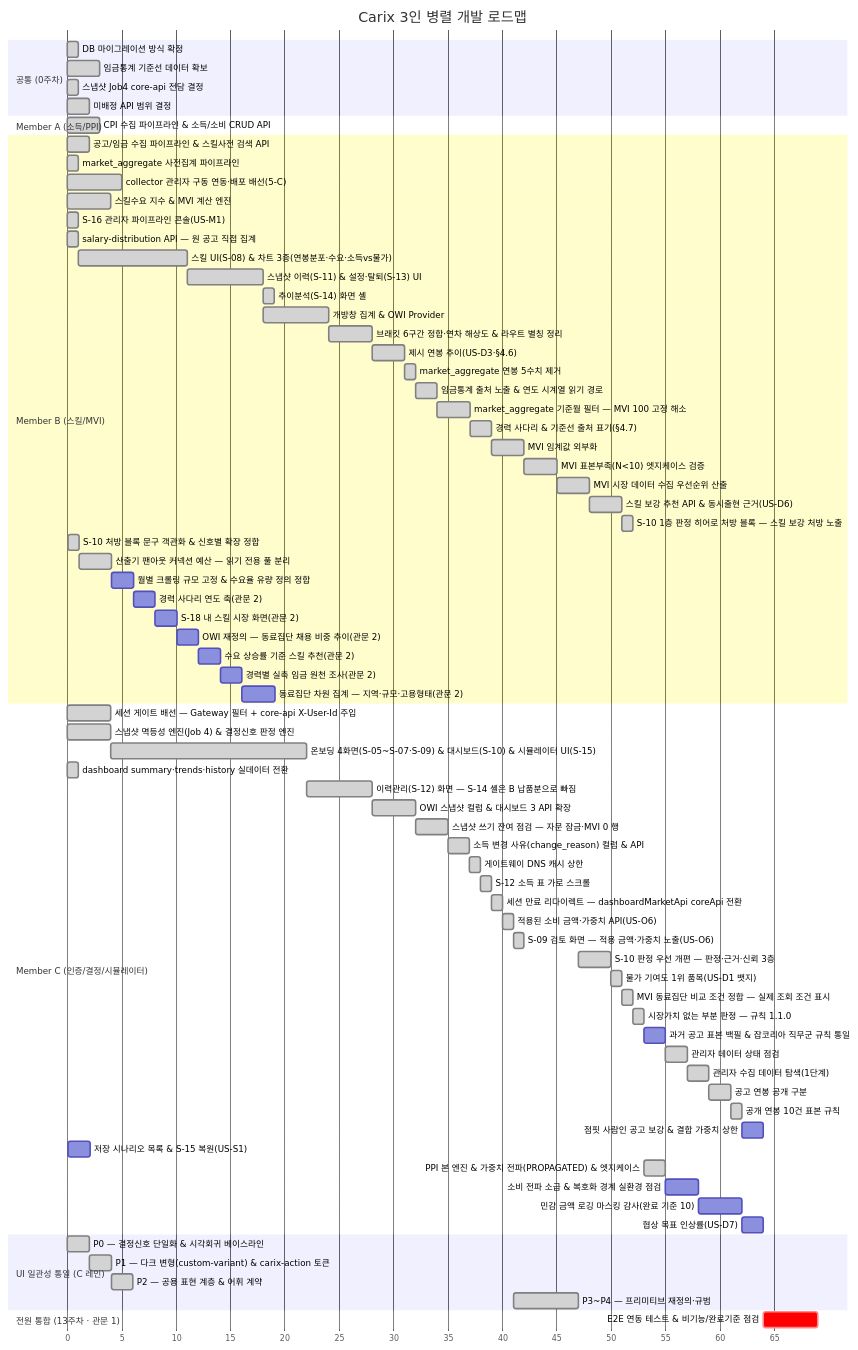
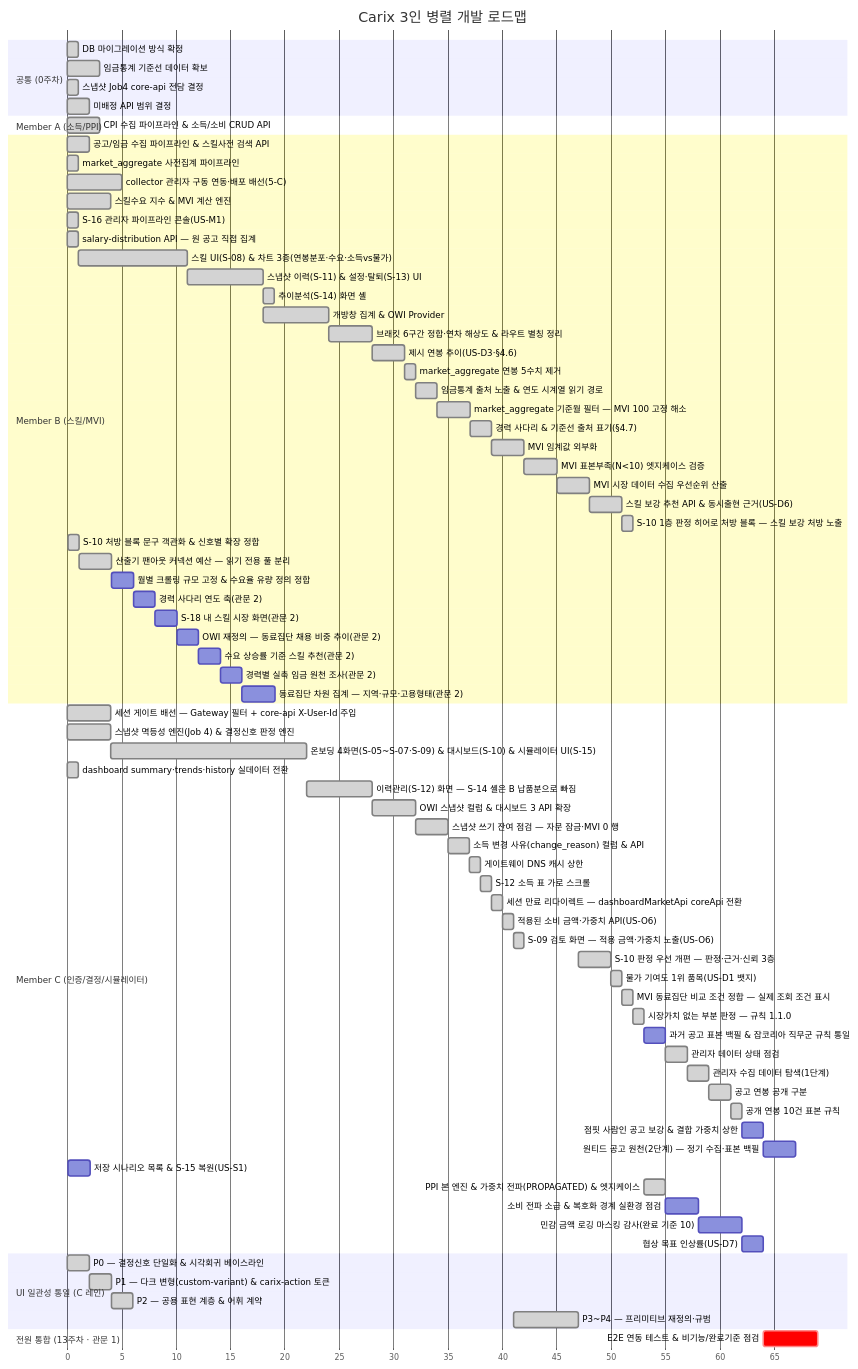
One commit to SeoHyeokGyu/Carix changed the first of 2 diagrams in docs/plans/carix-dev-plan.md. Above: the diagram before and after it, drawn with Mermaid. The commit also changed other lines of this file and 5 other files, not shown here.

````diff
--- a/docs/plans/carix-dev-plan.md
+++ b/docs/plans/carix-dev-plan.md
@@ -94,80 +94,81 @@
 ```mermaid
 gantt
     title Carix 3인 병렬 개발 로드맵
     dateFormat X
     axisFormat %s
     section 공통 (0주차)
     DB 마이그레이션 방식 확정 :done, c0a, 0, 1s
     임금통계 기준선 데이터 확보 :done, a0, 3, 3s
     스냅샷 Job4 core-api 전담 결정 :done, i0, 7, 1s
     미배정 API 범위 결정 :done, c0, 7, 2s
     section Member A (소득/PPI)
     CPI 수집 파이프라인 & 소득/소비 CRUD API :done, a1, 12, 3s
     section Member B (스킬/MVI)
     공고/임금 수집 파이프라인 & 스킬사전 검색 API :done, b1, 2, 2s
     market_aggregate 사전집계 파이프라인 :done, b2a, 3, 1s
     collector 관리자 구동 연동·배포 배선(5-C) :done, b0, 7, 5s
     스킬수요 지수 & MVI 계산 엔진 :done, b2, 8, 4s
     S-16 관리자 파이프라인 콘솔(US-M1) :done, b16, 14, 1s
     salary-distribution API — 원 공고 직접 집계 :done, b3a, 15, 1s
     스킬 UI(S-08) & 차트 3종(연봉분포·수요·소득vs물가) :done, b3, after b3a, 10s
     스냅샷 이력(S-11) & 설정·탈퇴(S-13) UI :done, b4, after b3, 7s
     추이분석(S-14) 화면 셸 :done, b4a, after b4, 1s
     개방창 집계 & OWI Provider :done, b6, after b4, 6s
     브래킷 6구간 정합·연차 해상도 & 라우트 별칭 정리 :done, b7, after b6, 4s
     제시 연봉 추이(US-D3·§4.6) :done, b10, after b7, 3s
     market_aggregate 연봉 5수치 제거 :done, b11, after b10, 1s
     임금통계 출처 노출 & 연도 시계열 읽기 경로 :done, b13, after b11, 2s
     market_aggregate 기준월 필터 — MVI 100 고정 해소 :done, b18, after b13, 3s
     경력 사다리 & 기준선 출처 표기(§4.7) :done, b12, after b18, 2s
     MVI 임계값 외부화 :done, b8, after b12, 3s
     MVI 표본부족(N<10) 엣지케이스 검증 :done, b8a, after b8, 3s
     MVI 시장 데이터 수집 우선순위 산출 :done, b8b, after b8a, 3s
     스킬 보강 추천 API & 동시출현 근거(US-D6) :done, b9, after b8b, 3s
     S-10 1층 판정 히어로 처방 블록 — 스킬 보강 처방 노출 :done, b15, after b9, 1s
     S-10 처방 블록 문구 객관화 & 신호별 확장 정합 :done, b20, 83, 1s
     산출기 팬아웃 커넥션 예산 — 읽기 전용 풀 분리 :done, b17, after b20, 3s
     월별 크롤링 규모 고정 & 수요율 유량 정의 정합 :b21, after b17, 2s
     경력 사다리 연도 축(관문 2) :b14, after b21, 2s
     S-18 내 스킬 시장 화면(관문 2) :b19, after b14, 2s
     OWI 재정의 — 동료집단 채용 비중 추이(관문 2) :b22, after b19, 2s
     수요 상승률 기준 스킬 추천(관문 2) :b23, after b22, 2s
     경력별 실측 임금 원천 조사(관문 2) :b24, after b23, 2s
     동료집단 차원 집계 — 지역·규모·고용형태(관문 2) :b25, after b24, 3s
     section Member C (인증/결정/시뮬레이터)
     세션 게이트 배선 — Gateway 필터 + core-api X-User-Id 주입 :done, c0b, 7, 4s
     스냅샷 멱등성 엔진(Job 4) & 결정신호 판정 엔진 :done, c2, 8, 4s
     온보딩 4화면(S-05~S-07·S-09) & 대시보드(S-10) & 시뮬레이터 UI(S-15) :done, c3, after c2, 18s
     dashboard summary·trends·history 실데이터 전환 :done, c4a, 15, 1s
     이력관리(S-12) 화면 — S-14 셸은 B 납품분으로 빠짐 :done, c4, after c3, 6s
     OWI 스냅샷 컬럼 & 대시보드 3 API 확장 :done, c6, after c4, 4s
     스냅샷 쓰기 잔여 점검 — 자문 잠금·MVI 0 행 :done, c5, after c6, 3s
     소득 변경 사유(change_reason) 컬럼 & API :done, c10, after c5, 2s
     게이트웨이 DNS 캐시 상한 :done, c7, after c10, 1s
     S-12 소득 표 가로 스크롤 :done, c13, after c7, 1s
     세션 만료 리다이렉트 — dashboardMarketApi coreApi 전환 :done, c16, after c13, 1s
     적용된 소비 금액·가중치 API(US-O6) :done, c11, after c16, 1s
     S-09 검토 화면 — 적용 금액·가중치 노출(US-O6) :done, c17, after c11, 1s
     S-10 판정 우선 개편 — 판정·근거·신뢰 3층 :done, c15, after ui3, 3s
     물가 기여도 1위 품목(US-D1 뱃지) :done, c12, after c15, 1s
     MVI 동료집단 비교 조건 정합 — 실제 조회 조건 표시 :done, c22, after c12, 1s
     시장가치 없는 부분 판정 — 규칙 1.1.0 :done, c23, after c22, 1s
     과거 공고 표본 백필 & 잡코리아 직무군 규칙 통일 :c24, after c23, 2s
     관리자 데이터 상태 점검 :done, c25, after c24, 2s
     관리자 수집 데이터 탐색(1단계) :done, c26, after c25, 2s
     공고 연봉 공개 구분 :done, c27, after c26, 2s
     공개 연봉 10건 표본 규칙 :done, c28, after c27, 1s
     점핏 사람인 공고 보강 & 결합 가중치 상한 :c29, after c28, 2s
+    원티드 공고 원천(2단계) — 정기 수집·표본 백필 :c30, after c29, 3s
     저장 시나리오 목록 & S-15 복원(US-S1) :c9, 83, 2s
     PPI 본 엔진 & 가중치 전파(PROPAGATED) & 엣지케이스 :done, a2, after c23, 2s
     소비 전파 소급 & 복호화 경계 실환경 점검 :a12, after a2 c9, 3s
     민감 금액 로깅 마스킹 감사(완료 기준 10) :a7, after a12, 4s
     협상 목표 인상률(US-D7) :c8, after a7, 2s
     section UI 일관성 통일 (C 레인)
     P0 — 결정신호 단일화 & 시각회귀 베이스라인 :done, ui0, 33, 2s
     P1 — 다크 변형(custom-variant) & carix-action 토큰 :done, ui1, after ui0, 2s
     P2 — 공용 표현 계층 & 어휘 계약 :done, ui2, after ui1, 2s
     P3~P4 — 프리미티브 재정의·규범 :done, ui3, after c11, 6s
     section 전원 통합 (13주차 · 관문 1)
     E2E 연동 테스트 & 비기능/완료기준 점검 :crit, e2e, after b21 c8, 5s
 ```
````
